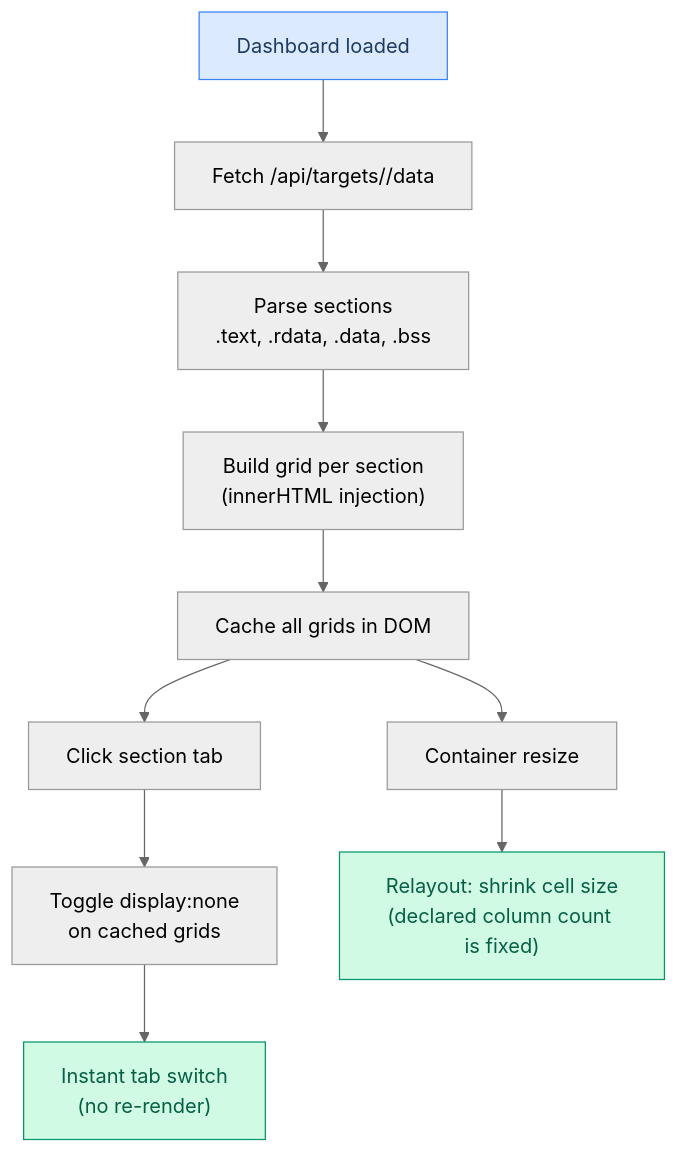
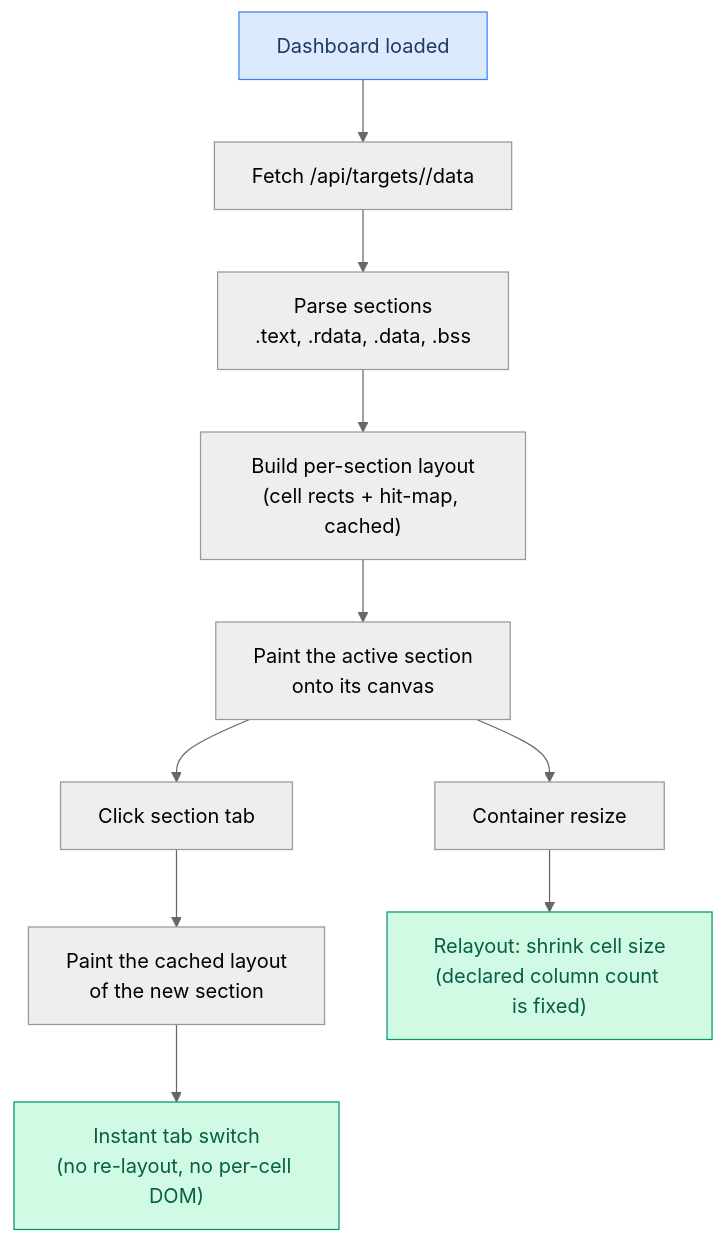
The second of 17 diagrams in docs/USER_STORIES.md (maci0/recoverage), drawn with Mermaid (neutral theme) before and after one commit. The commit also changed other lines of this file and 4 other files, not shown here.

````diff
--- a/docs/USER_STORIES.md
+++ b/docs/USER_STORIES.md
@@ -57,18 +62,18 @@
 ```mermaid
 graph TD
     A["Dashboard loaded"] --> B["Fetch /api/targets/<target>/data"]
     B --> C["Parse sections<br/>.text, .rdata, .data, .bss"]
-    C --> D["Build grid per section<br/>(innerHTML injection)"]
-    D --> E["Cache all grids in DOM"]
+    C --> D["Build per-section layout<br/>(cell rects + hit-map, cached)"]
+    D --> E["Paint the active section<br/>onto its canvas"]
 
     E --> F["Click section tab"]
-    F --> G["Toggle display:none<br/>on cached grids"]
-    G --> H["Instant tab switch<br/>(no re-render)"]
+    F --> G["Paint the cached layout<br/>of the new section"]
+    G --> H["Instant tab switch<br/>(no re-layout, no per-cell DOM)"]
 
     E --> I["Container resize"]
     I --> J["Relayout: shrink cell size<br/>(declared column count is fixed)"]
 
     style A fill:#dbeafe,stroke:#3b82f6,color:#1e3a5f
     style H fill:#d1fae5,stroke:#059669,color:#065f46
     style J fill:#d1fae5,stroke:#059669,color:#065f46
 ```
````
